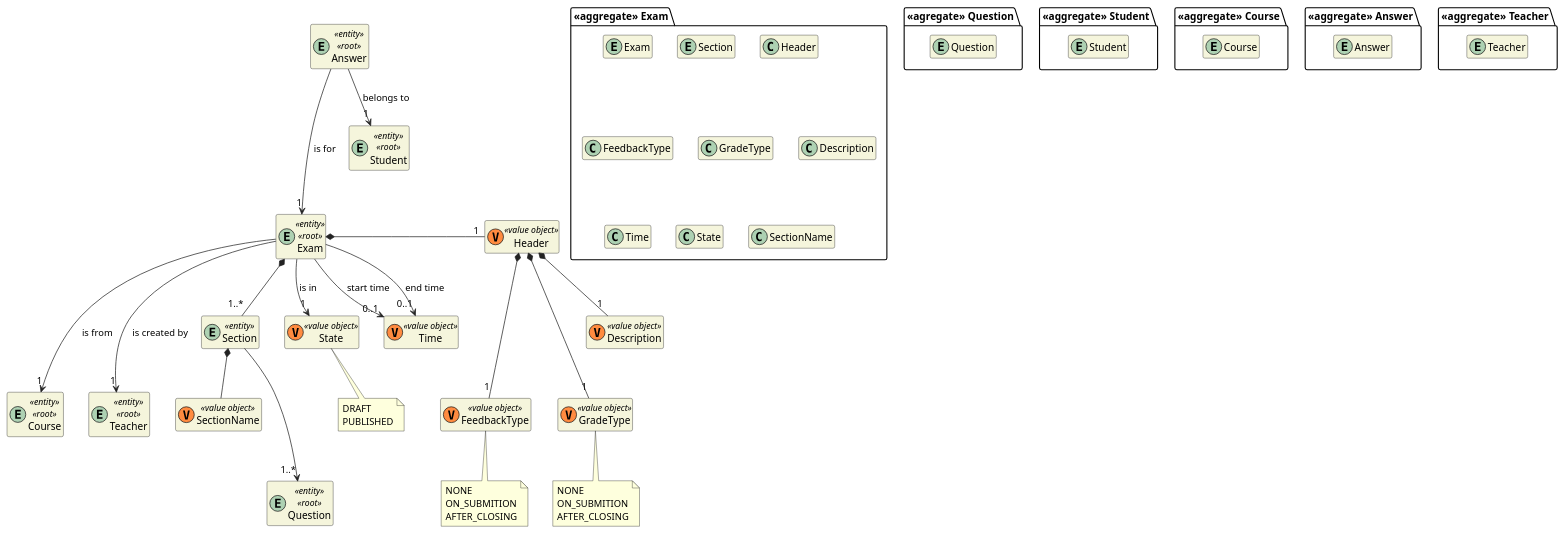
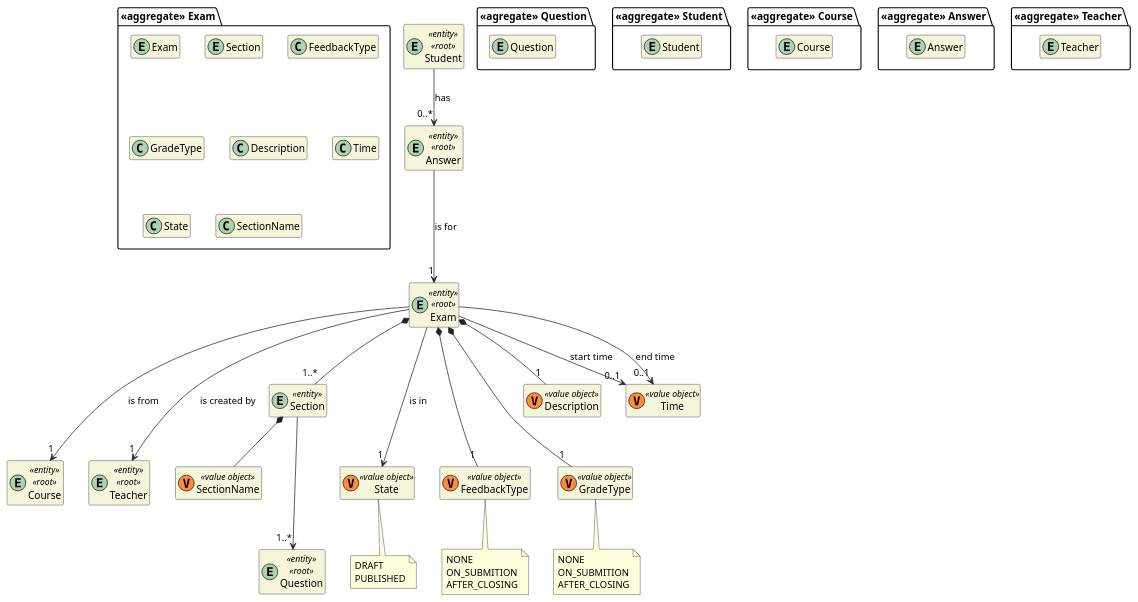
One commit to miseEnPlace-dev/lapr4 changed the diagram in docs/dm/DM_Exam.puml. Above: the diagram before and after it, drawn with PlantUML. The commit also changed 5 other files, not shown here.

```diff
--- a/docs/dm/DM_Exam.puml
+++ b/docs/dm/DM_Exam.puml
@@ -1,113 +1,110 @@
 @startuml DM-EXAM
 'https://plantuml.com/class-diagram
 
 skinparam classAttributeIconSize 0
 hide empty attributes
 hide empty methods
 skinparam classBackgroundColor beige
 skinparam ArrowColor #222222
 
 package "<<aggregate>> Exam" {
   entity Exam
 
   entity Section
 
-  class Header
   class FeedbackType
   class GradeType
   class Description
 
   class Time
 
   class State
 
   class SectionName
 }
 
 package "<<agregate>> Question" {
   entity Question
 }
 
 package "<<aggregate>> Student" {
-    entity Student
+  entity Student
 }
 
 entity Student <<entity>> <<root>> {
 }
 
 package "<<aggregate>> Course" {
-    entity Course
+  entity Course
 }
 
 entity Course <<entity>> <<root>> {
 }
 
 package "<<aggregate>> Answer" {
-    entity Answer
+  entity Answer
 }
 
 entity Answer <<entity>> <<root>> {
 }
 
 package "<<aggregate>> Teacher" {
-    entity Teacher
+  entity Teacher
 }
 
 entity Teacher <<entity>> <<root>> {
 }
 
 entity Exam <<entity>> <<root>> {
 }
 
 entity Section <<entity>> {}
 
 class SectionName <<(V,#FF8B40) value object>> {}
 class State <<(V,#FF8B40) value object>> {}
 
-class Header <<(V,#FF8B40) value object>> {}
 class FeedbackType <<(V,#FF8B40) value object>> {}
 class GradeType <<(V,#FF8B40) value object>> {}
 class Description <<(V,#FF8B40) value object>> {}
 class Time <<(V,#FF8B40) value object>> {}
 
 entity Question <<entity>> <<root>> {}
 
 Exam --> "0..1" Time : start time
 Exam --> "0..1" Time : end time
 
-Exam --> "1" State : is in
+Exam ---> "1" State : is in
 
 note bottom of State
   DRAFT
   PUBLISHED
 end note
 
 Exam *-- "1..*" Section
 Exam ---> "1" Course : is from
 Exam ---> "1" Teacher : is created by
 
-Exam *- "1" Header
-Header *--- "1" FeedbackType
-Header *--- "1" GradeType
-Header *-- "1" Description
+Exam *--- "1" FeedbackType
+Exam *--- "1" GradeType
+Exam *-- "1" Description
 
 note bottom of FeedbackType
   NONE
   ON_SUBMITION
   AFTER_CLOSING
 end note
 
 note bottom of GradeType
   NONE
   ON_SUBMITION
   AFTER_CLOSING
 end note
 
 Section ---> "1..*" Question
 Section *-- SectionName
 
-Answer --> "1" Student : belongs to
+Student --> "0..*" Answer : has
 
 Answer ---> "1" Exam : is for
 
 @enduml
```
